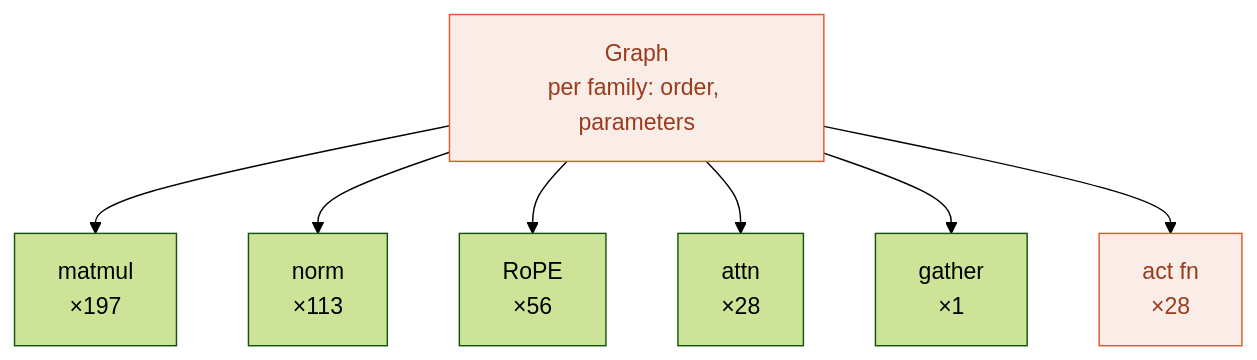
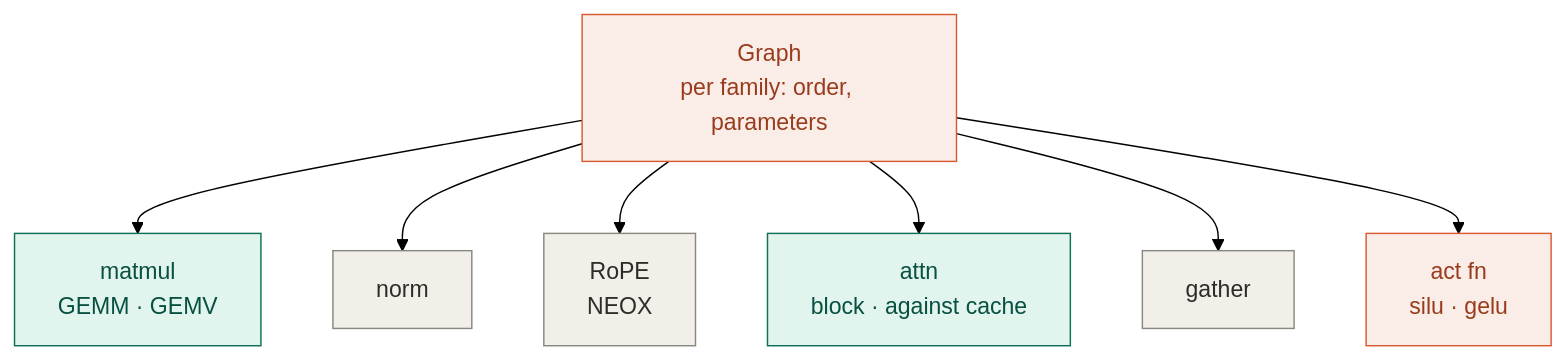
One commit to plainsight-systems/browser-llm changed the third of 3 diagrams in docs/architecture/logical-overview.md. Above: the diagram before and after it, drawn with Mermaid (forest theme). The commit also changed other lines of this file and 2 other files, not shown here.

````diff
--- a/docs/architecture/logical-overview.md
+++ b/docs/architecture/logical-overview.md
@@ -44,12 +62,15 @@
 ```mermaid
 flowchart TD
     sched["Graph<br/>per family: order, parameters"]
-    sched --> mm["matmul<br/>×197"]
-    sched --> nrm["norm<br/>×113"]
-    sched --> rope["RoPE<br/>×56"]
-    sched --> att["attn<br/>×28"]
-    sched --> gat["gather<br/>×1"]
-    sched --> act["act fn<br/>×28"]
+    sched --> mm["matmul<br/>GEMM · GEMV"]
+    sched --> nrm["norm"]
+    sched --> rope["RoPE<br/>NEOX"]
+    sched --> att["attn<br/>block · against cache"]
+    sched --> gat["gather"]
+    sched --> act["act fn<br/>silu · gelu"]
+    classDef default fill:#F1EFE8,stroke:#888780,color:#2C2C2A
     classDef fork fill:#FAECE7,stroke:#D85A30,color:#993C1D
+    classDef regime fill:#E1F5EE,stroke:#0F6E56,color:#085041
     class sched,act fork
+    class mm,att regime
 ```
````
